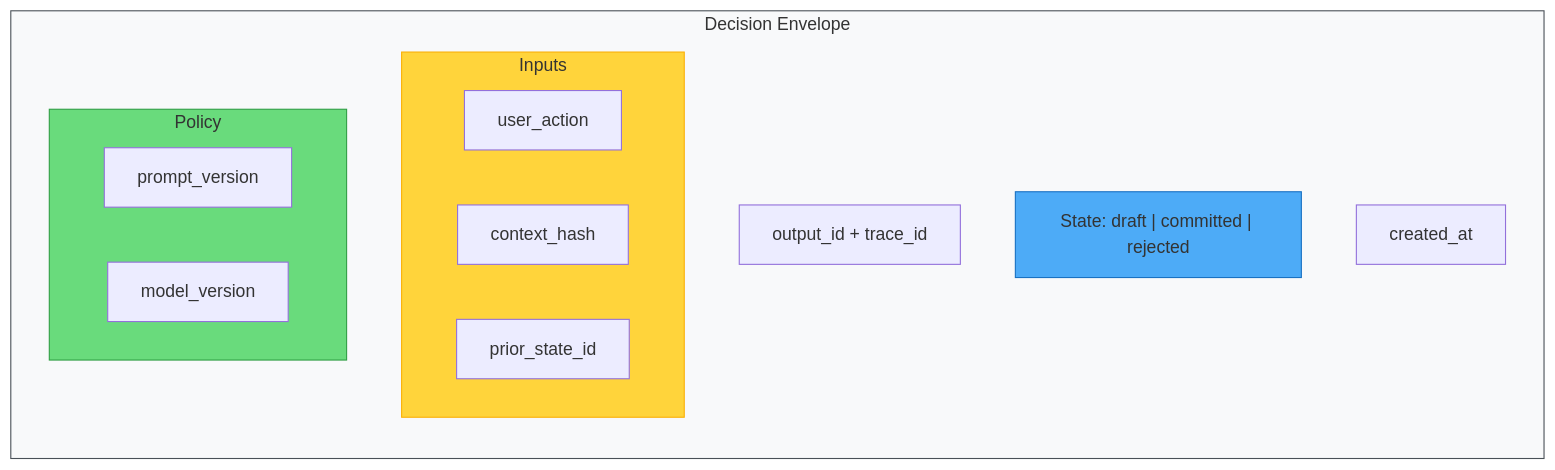
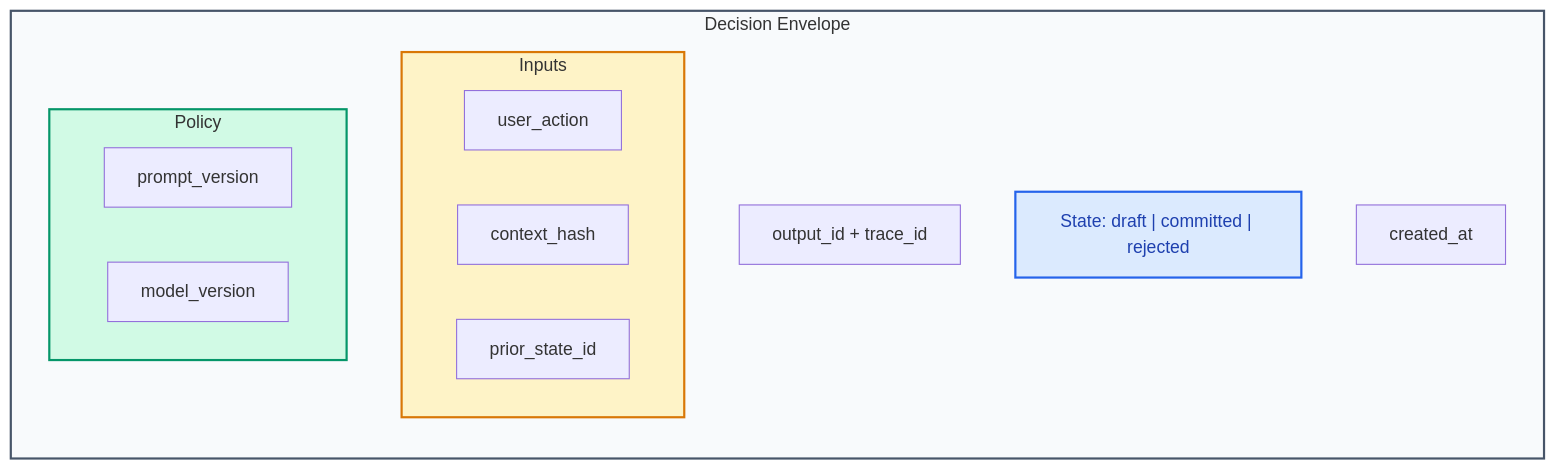
One commit to whoisrade/agentic-field-manual changed the second of 2 diagrams in 02-architecture/state-model.md. Above: the diagram before and after it, drawn with Mermaid. The commit also changed other lines of this file and 18 other files, not shown here.

Commit message:
refine mermaid diagrams with enterprise color palette

````diff
--- a/02-architecture/state-model.md
+++ b/02-architecture/state-model.md
@@ -147,26 +150,26 @@
 ```mermaid
 flowchart TB
     subgraph Envelope["Decision Envelope"]
         direction TB
         ID["output_id + trace_id"]
         
         subgraph Inputs["Inputs"]
-            I1[user_action]
-            I2[context_hash]
-            I3[prior_state_id]
+            I1["user_action"]
+            I2["context_hash"]
+            I3["prior_state_id"]
         end
         
         subgraph Policy["Policy"]
-            P1[prompt_version]
-            P2[model_version]
+            P1["prompt_version"]
+            P2["model_version"]
         end
         
         State["State: draft | committed | rejected"]
         Time["created_at"]
     end
     
-    style Envelope fill:#f8f9fa,stroke:#495057
-    style State fill:#4dabf7,stroke:#1971c2
-    style Policy fill:#69db7c,stroke:#2f9e44
-    style Inputs fill:#ffd43b,stroke:#fab005
+    style Envelope fill:#f8fafc,stroke:#475569,stroke-width:2px
+    style Inputs fill:#fef3c7,stroke:#d97706,stroke-width:2px
+    style Policy fill:#d1fae5,stroke:#059669,stroke-width:2px
+    style State fill:#dbeafe,stroke:#2563eb,stroke-width:2px,color:#1e40af
 ```
````
